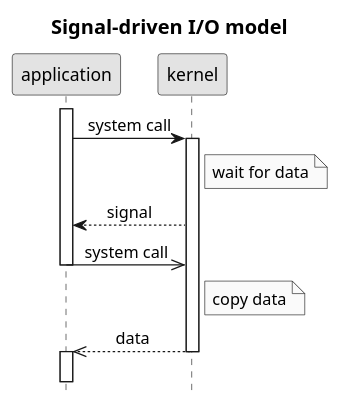
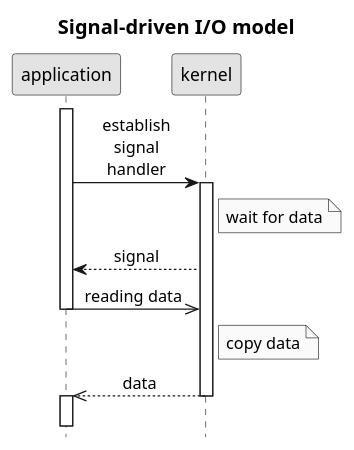
Before and after one commit to c0p4c4b4n4/demo-sockets-io-nio-nio2: the diagram in .images/signal-driven IO model.puml, drawn with PlantUML. The commit also changed 4 other files, not shown here.

```diff
--- a/.images/signal-driven IO model.puml
+++ b/.images/signal-driven IO model.puml
@@ -1,20 +1,20 @@
 @startuml
 title Signal-driven I/O model
 hide footbox
 skinparam monochrome true
 skinparam defaultFontName Arial
 skinparam titleFontSize 16
 skinparam sequenceMessageAlign center
 activate application
-application->kernel: system call
+application->kernel: establish\nsignal\nhandler
 activate kernel
 Note right of kernel: wait for data
 kernel-->application: signal
-application->>kernel: system call
+application->>kernel: reading data
 deactivate application
 Note right of kernel: copy data
 kernel-->>application: data
 deactivate kernel
 activate application
 ||15||
 @enduml
```
